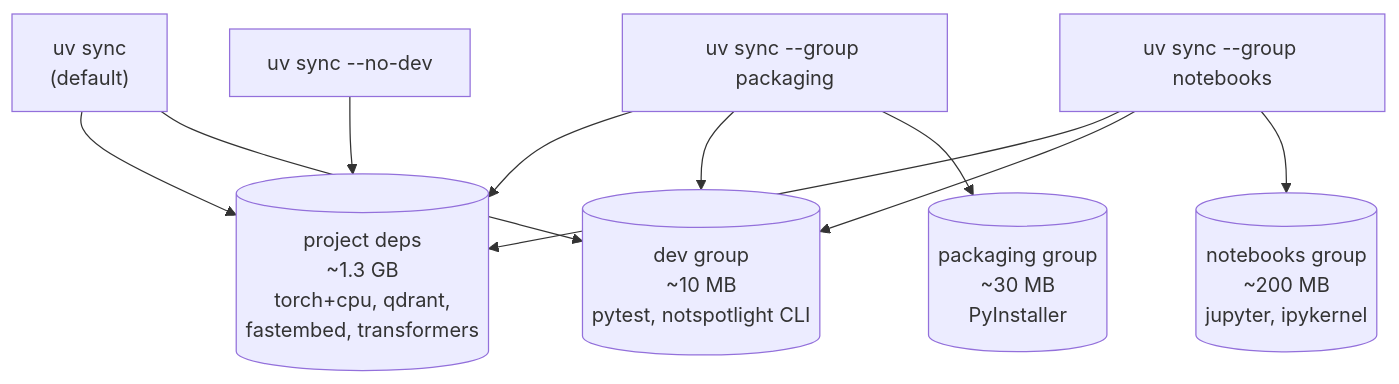
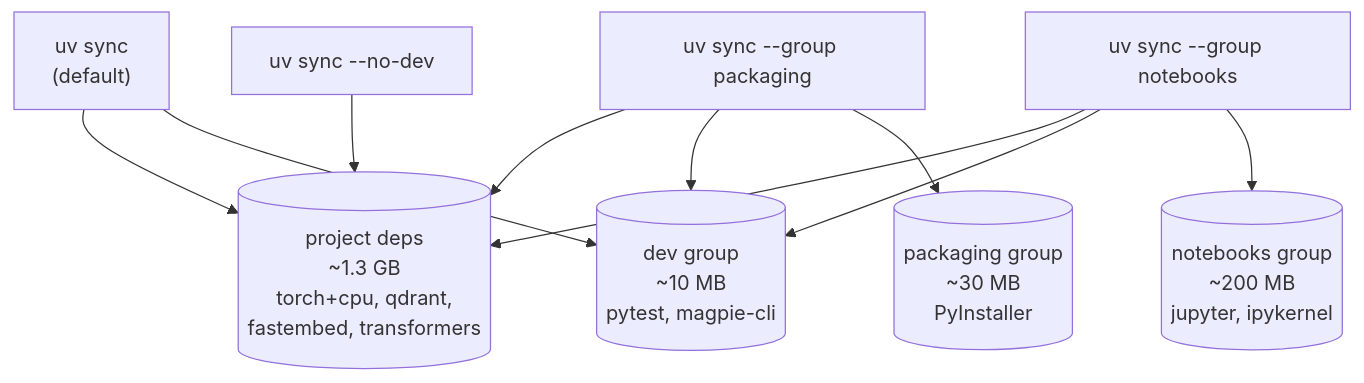
The third of 4 diagrams in Plans/Packaging/docs/01-bundle-diet.md (mriddyagrawal/Magpie), drawn with Mermaid before and after one commit. The commit also changed 31 other files, not shown here.

````diff
--- a/Plans/Packaging/docs/01-bundle-diet.md
+++ b/Plans/Packaging/docs/01-bundle-diet.md
@@ -69,22 +69,22 @@
 ```mermaid
 flowchart TB
     syncdefault["uv sync<br/>(default)"]
     syncpkg["uv sync --group packaging"]
     syncnb["uv sync --group notebooks"]
     syncprod["uv sync --no-dev"]
 
     project[("project deps<br/>~1.3 GB<br/>torch+cpu, qdrant,<br/>fastembed, transformers")]
-    dev[("dev group<br/>~10 MB<br/>pytest, notspotlight CLI")]
+    dev[("dev group<br/>~10 MB<br/>pytest, magpie-cli")]
     pkg[("packaging group<br/>~30 MB<br/>PyInstaller")]
     nb[("notebooks group<br/>~200 MB<br/>jupyter, ipykernel")]
 
     syncdefault --> project
     syncdefault --> dev
     syncpkg --> project
     syncpkg --> dev
     syncpkg --> pkg
     syncnb --> project
     syncnb --> dev
     syncnb --> nb
     syncprod --> project
 ```
````
